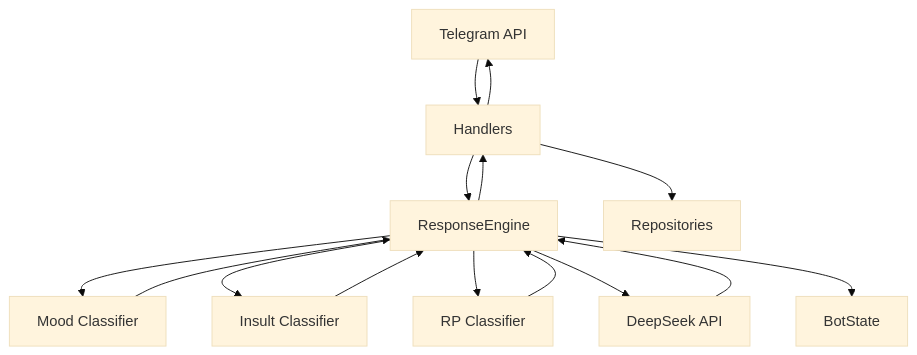
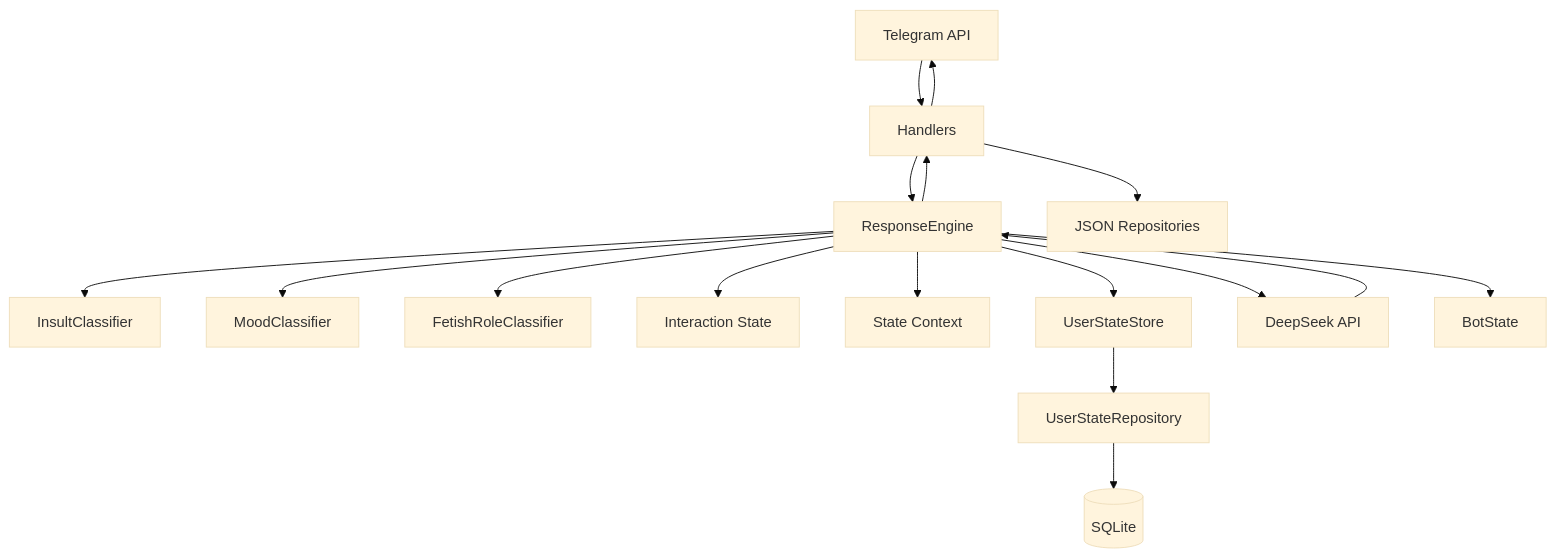
One commit to Exichek/Protogen-Delta changed the diagram in README.md. Above: the diagram before and after it, drawn with Mermaid (base theme). The commit also changed other lines of this file, not shown here.

````diff
--- a/README.md
+++ b/README.md
@@ -188,32 +401,34 @@
 ```mermaid
 flowchart TD
     Telegram[Telegram API]
-    Handler[Handlers]
+    Handlers[Handlers]
     Engine[ResponseEngine]
-    Mood[Mood Classifier]
-    Insults[Insult Classifier]
-    RP[RP Classifier]
+    Insults[InsultClassifier]
+    Mood[MoodClassifier]
+    Role[FetishRoleClassifier]
+    Interaction[Interaction State]
+    Context[State Context]
+    Runtime[UserStateStore]
+    SQLiteRepo[UserStateRepository]
+    SQLite[(SQLite)]
     DeepSeek[DeepSeek API]
-    Repositories[Repositories]
-    State[BotState]
+    JsonRepos[JSON Repositories]
+    BotState[BotState]
 
-    Telegram --> Handler
-    Handler --> Engine
-
+    Telegram --> Handlers
+    Handlers --> Engine
+    Engine --> Insults
     Engine --> Mood
-    Engine --> Insults
-    Engine --> RP
-
-    Mood --> Engine
-    Insults --> Engine
-    RP --> Engine
-
+    Engine --> Interaction
+    Engine --> Role
+    Engine --> Context
+    Engine --> Runtime
+    Runtime --> SQLiteRepo
+    SQLiteRepo --> SQLite
     Engine --> DeepSeek
     DeepSeek --> Engine
-
-    Engine --> State
-    Handler --> Repositories
-
-    Engine --> Handler
-    Handler --> Telegram
+    Handlers --> JsonRepos
+    Engine --> BotState
+    Engine --> Handlers
+    Handlers --> Telegram
 ```
````
